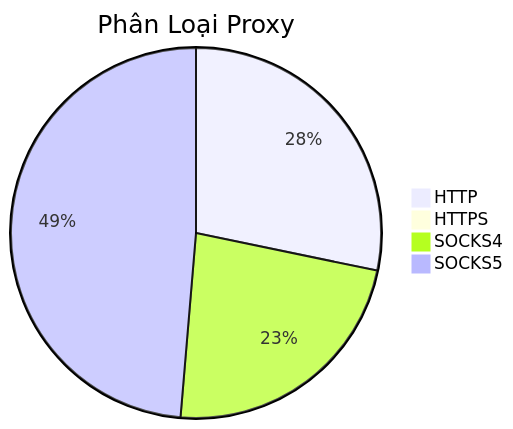
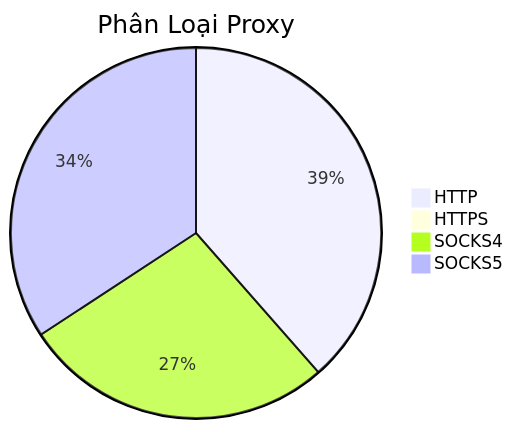
One commit to Ciara-12/PROXY-free changed the diagram in README.md. Above: the diagram before and after it, drawn with Mermaid. The commit also changed other lines of this file and 3 other files, not shown here.

````diff
--- a/README.md
+++ b/README.md
@@ -26,7 +26,7 @@
 ```mermaid
 pie title Phân Loại Proxy
-    "HTTP" : 360
+    "HTTP" : 440
     "HTTPS" : 0
-    "SOCKS4" : 294
-    "SOCKS5" : 620
+    "SOCKS4" : 311
+    "SOCKS5" : 391
 ```
````
